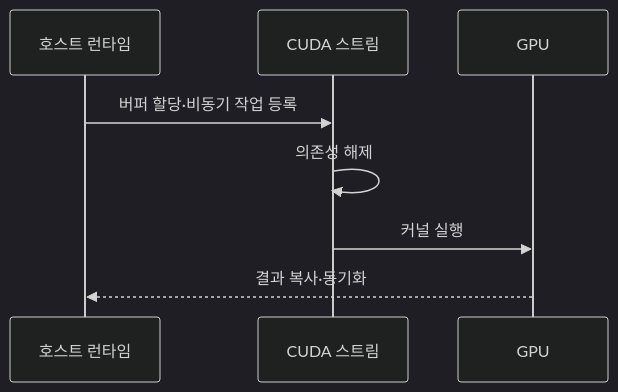
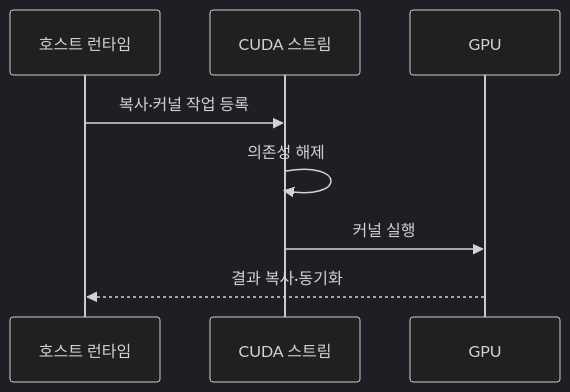
One commit to agnusdei1207/knowledge-base changed the second of 2 diagrams in src/content/docs/notes/02-hardware/042_cuda_parallel_computing.md. Above: the diagram before and after it, drawn with Mermaid (dark theme). The commit also changed other lines of this file and 17 other files, not shown here.

````diff
--- a/src/content/docs/notes/02-hardware/042_cuda_parallel_computing.md
+++ b/src/content/docs/notes/02-hardware/042_cuda_parallel_computing.md
@@ -87,10 +87,10 @@
 ```mermaid
 sequenceDiagram
     participant H as 호스트 런타임
     participant S as CUDA 스트림
     participant G as GPU
-    H->>S: 버퍼 할당·비동기 작업 등록
+    H->>S: 복사·커널 작업 등록
     S->>S: 의존성 해제
     S->>G: 커널 실행
     G-->>H: 결과 복사·동기화
 ```
````
